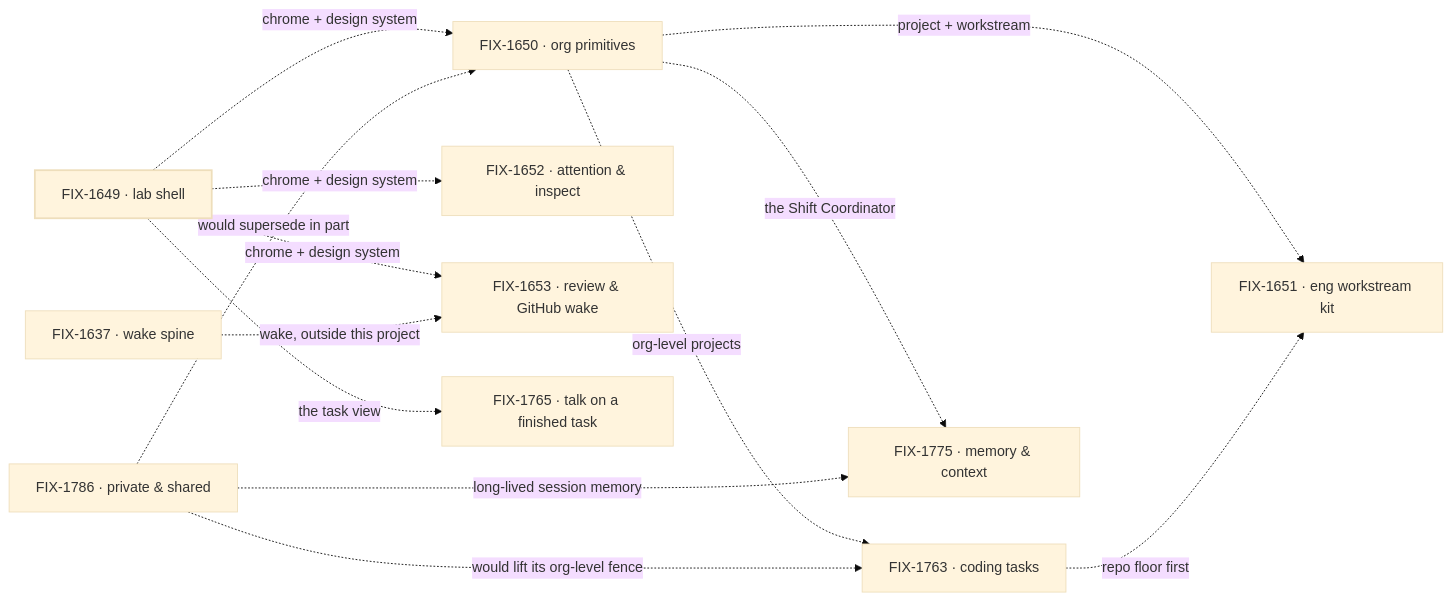
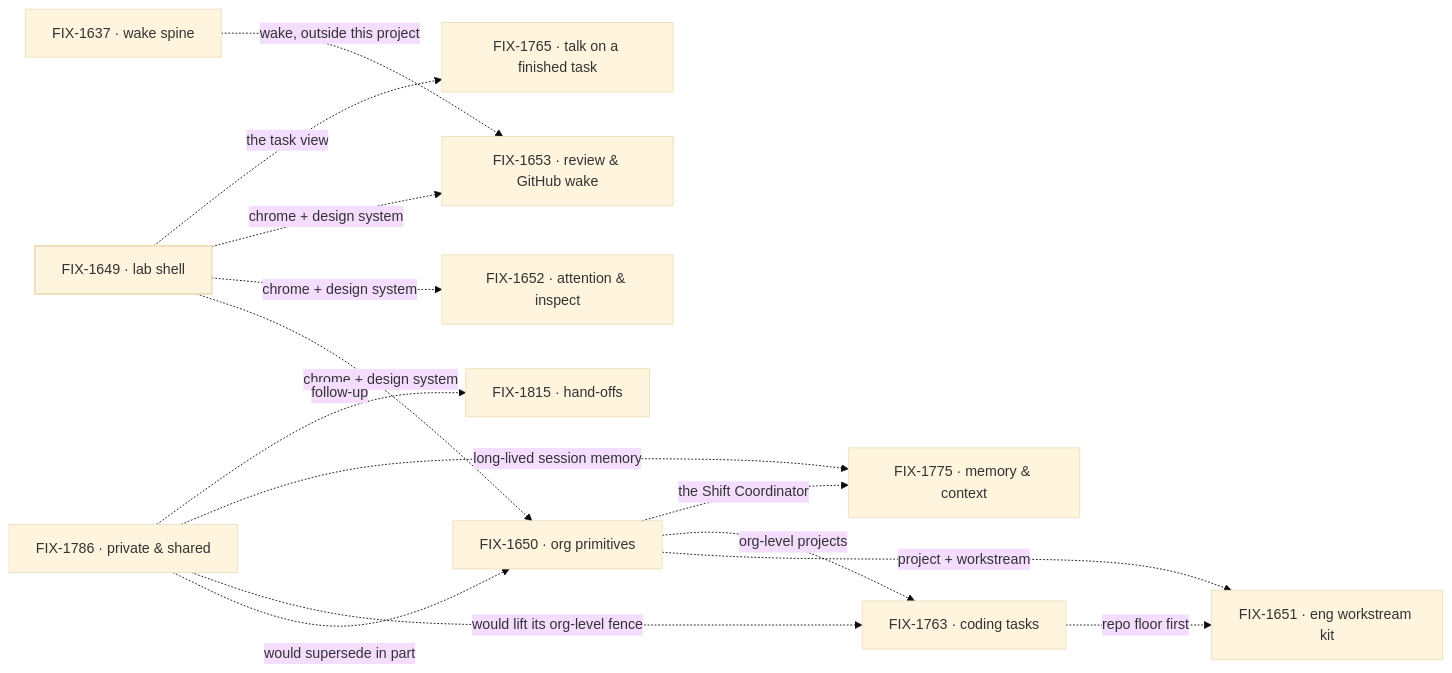
One commit to fixpoint-labs/flow-state-dev changed the diagram in spec/_projects/workforce-app-lab/SPEC.md. Above: the diagram before and after it, drawn with Mermaid (base theme). The commit also changed other lines of this file and 2 other files, not shown here.

````diff
--- a/spec/_projects/workforce-app-lab/SPEC.md
+++ b/spec/_projects/workforce-app-lab/SPEC.md
@@ -42,17 +43,18 @@
 ```mermaid
 flowchart LR
   S["FIX-1649 · lab shell"] -.->|"chrome + design system"| O["FIX-1650 · org primitives"]
   S -.->|"chrome + design system"| A["FIX-1652 · attention & inspect"]
   S -.->|"chrome + design system"| R["FIX-1653 · review & GitHub wake"]
   W["FIX-1637 · wake spine"] -.->|"wake, outside this project"| R
   S -.->|"the task view"| T["FIX-1765 · talk on a finished task"]
   O -.->|"project + workstream"| E["FIX-1651 · eng workstream kit"]
   O -.->|"org-level projects"| C["FIX-1763 · coding tasks"]
   O -.->|"the Shift Coordinator"| M["FIX-1775 · memory & context"]
   C -.->|"repo floor first"| E
   X["FIX-1786 · private & shared"] -.->|"would supersede in part"| O
   X -.->|"would lift its org-level fence"| C
   X -.->|"long-lived session memory"| M
+  X -.->|"follow-up"| H["FIX-1815 · hand-offs"]
   classDef done stroke-width:2px
   class S done
 ```
````
